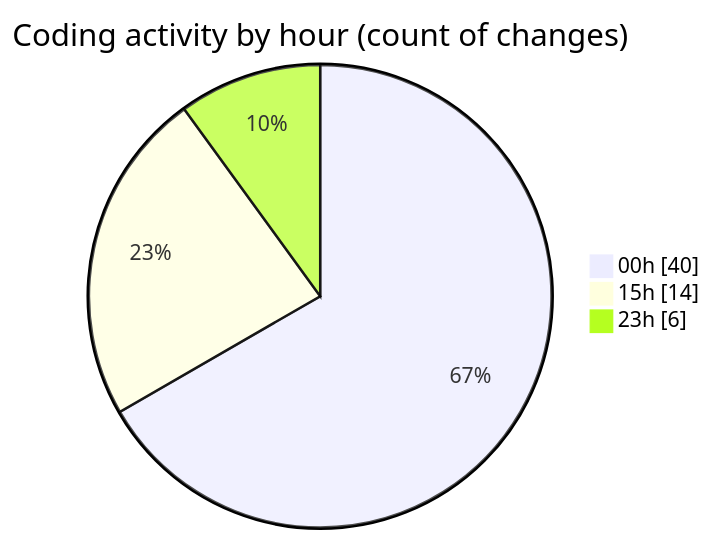
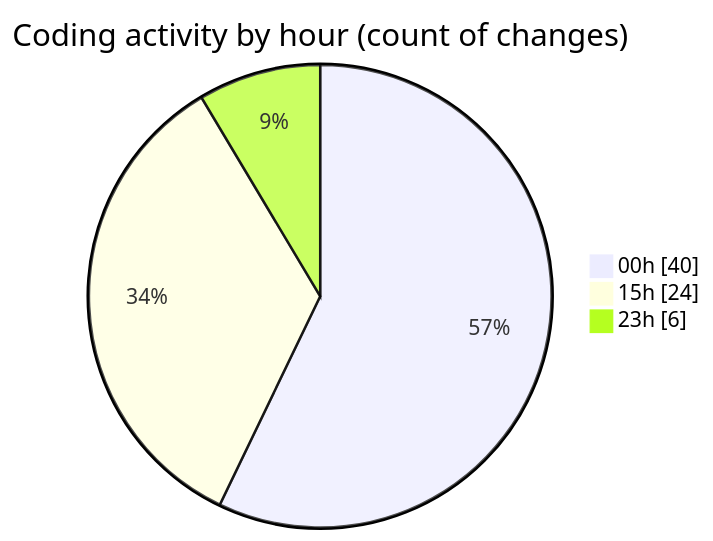
The second of 2 diagrams in 2025-05-03/date/README.md (Netris89/code-tracking), drawn with Mermaid before and after one commit. The commit also changed other lines of this file and 1 other file, not shown here.

````diff
--- a/2025-05-03/date/README.md
+++ b/2025-05-03/date/README.md
@@ -37,7 +37,7 @@
 ```mermaid
 pie showData
 title Coding activity by hour (count of changes)
 "00h" : 40
-"15h" : 14
+"15h" : 24
 "23h" : 6
 ```
````
